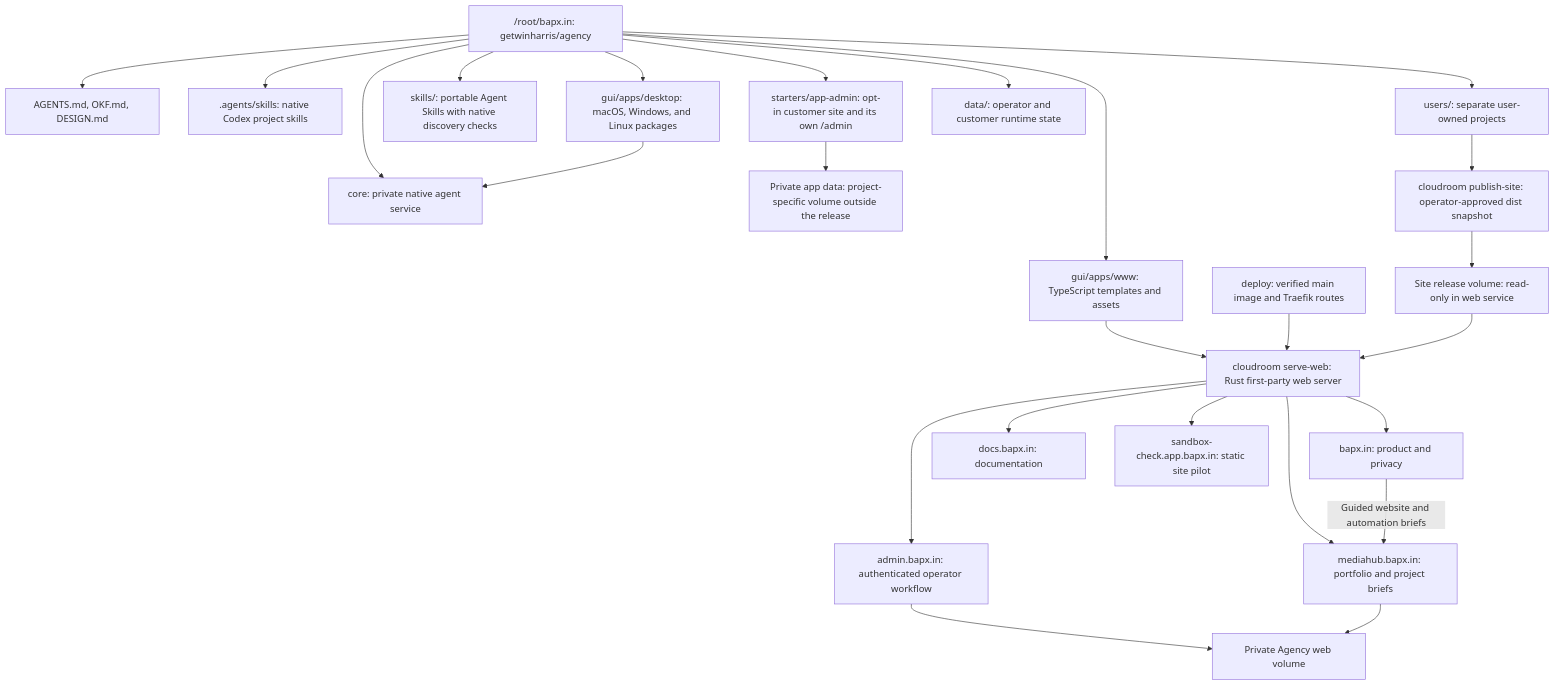
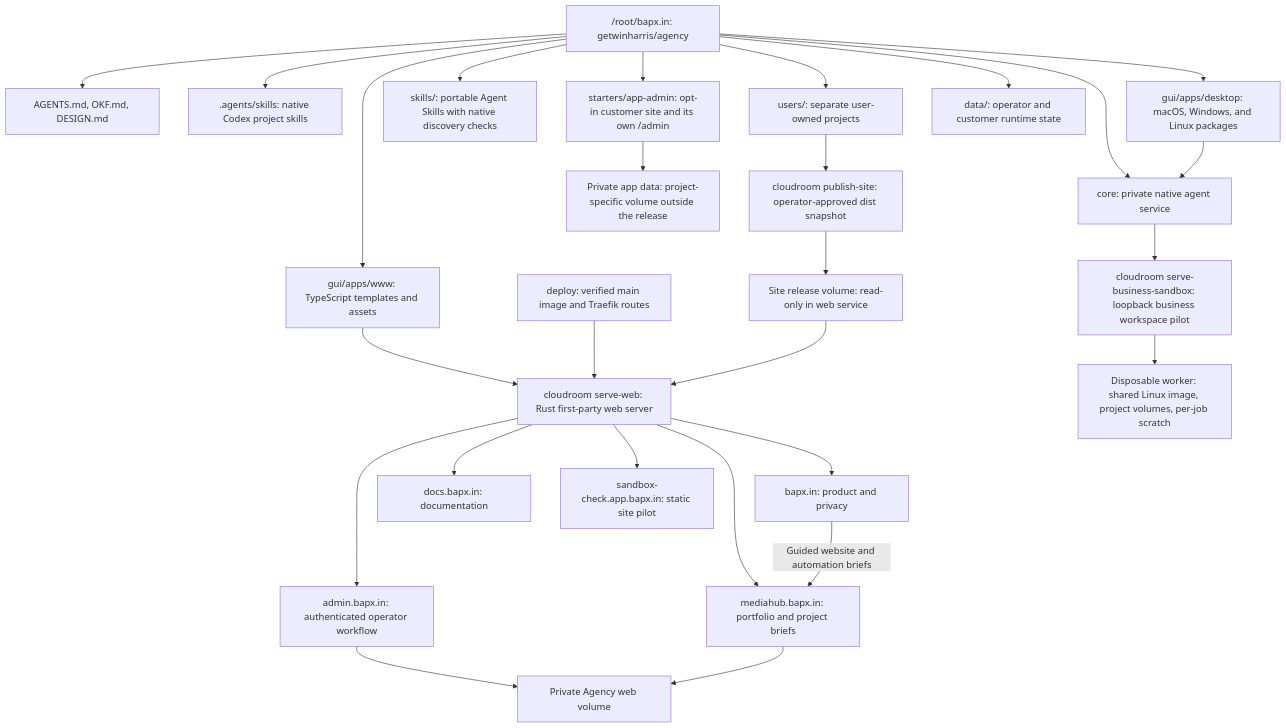
One commit to getwinharris/agency changed the diagram in map.mmd. Above: the diagram before and after it, drawn with Mermaid. The commit also changed 9 other files, not shown here.

Commit message:
Add a disposable business workspace sandbox pilot

```diff
--- a/map.mmd
+++ b/map.mmd
@@ -1,37 +1,40 @@
 flowchart TD
   root["/root/bapx.in: getwinharris/agency"]
   contracts["AGENTS.md, OKF.md, DESIGN.md"]
   codex[".agents/skills: native Codex project skills"]
   web["gui/apps/www: TypeScript templates and assets"]
   desktop["gui/apps/desktop: macOS, Windows, and Linux packages"]
   sharedSkills["skills/: portable Agent Skills with native discovery checks"]
   core["core: private native agent service"]
   webMode["cloudroom serve-web: Rust first-party web server"]
+  businessSandbox["cloudroom serve-business-sandbox: loopback business workspace pilot"]
   deploy["deploy: verified main image and Traefik routes"]
 
   root --> contracts
   root --> codex
   root --> web
   root --> appStarter["starters/app-admin: opt-in customer site and its own /admin"]
   appStarter --> appData["Private app data: project-specific volume outside the release"]
   root --> desktop
   root --> sharedSkills
   root --> core
   web --> webMode
   deploy --> webMode
 
   webMode --> landing["bapx.in: product and privacy"]
   webMode --> docs["docs.bapx.in: documentation"]
   webMode --> mediahub["mediahub.bapx.in: portfolio and project briefs"]
   webMode --> admin["admin.bapx.in: authenticated operator workflow"]
   landing -->|"Guided website and automation briefs"| mediahub
   admin --> privateData["Private Agency web volume"]
   mediahub --> privateData
 
   desktop --> core
+  core --> businessSandbox
+  businessSandbox --> sandboxVolumes["Disposable worker: shared Linux image, project volumes, per-job scratch"]
   root --> users["users/: separate user-owned projects"]
   users --> publish["cloudroom publish-site: operator-approved dist snapshot"]
   publish --> siteReleases["Site release volume: read-only in web service"]
   siteReleases --> webMode
   webMode --> sandboxPilot["sandbox-check.app.bapx.in: static site pilot"]
   root --> runtimeData["data/: operator and customer runtime state"]
```
